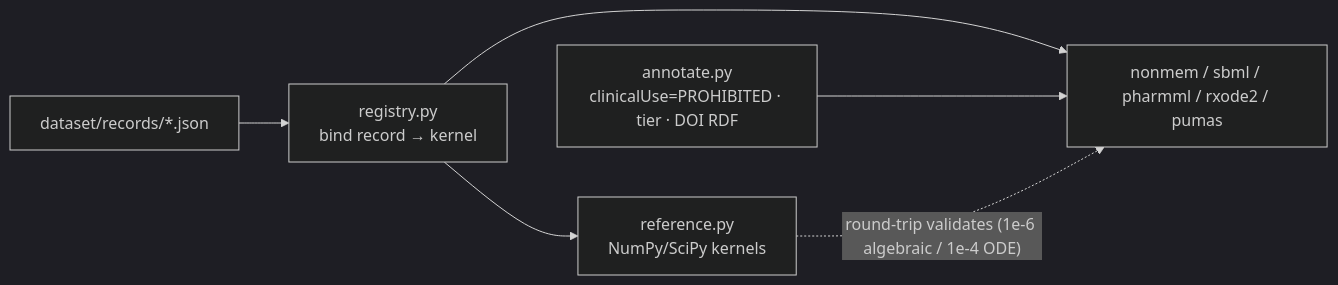
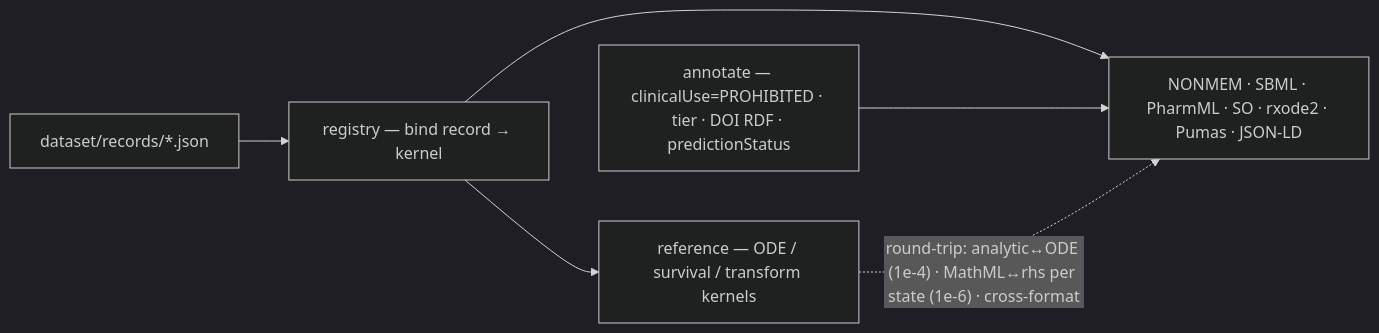
Before and after one commit to clay-good/onkos: the second of 2 diagrams in README.md, drawn with Mermaid (dark theme). The commit also changed other lines of this file and 6 other files, not shown here.

First line of the commit message:
Architecture as a tested contract + refreshed system design (v0.19.0)

````diff
--- a/README.md
+++ b/README.md
@@ -666,8 +706,8 @@
 ```mermaid
 flowchart LR
-    P["dataset/records/*.json"] --> REG["registry.py<br/>bind record → kernel"]
-    REG --> REF["reference.py<br/>NumPy/SciPy kernels"]
-    REG --> B["nonmem / sbml / pharmml / rxode2 / pumas"]
-    ANN["annotate.py<br/>clinicalUse=PROHIBITED · tier · DOI RDF"] --> B
-    REF -. "round-trip validates (1e-6 algebraic / 1e-4 ODE)" .-> B
+    P["dataset/records/*.json"] --> REG["registry — bind record → kernel"]
+    REG --> REF["reference — ODE / survival / transform kernels"]
+    REG --> B["NONMEM · SBML · PharmML · SO · rxode2 · Pumas · JSON-LD"]
+    ANN["annotate — clinicalUse=PROHIBITED · tier · DOI RDF · predictionStatus"] --> B
+    REF -. "round-trip: analytic↔ODE (1e-4) · MathML↔rhs per state (1e-6) · cross-format" .-> B
 ```
````
